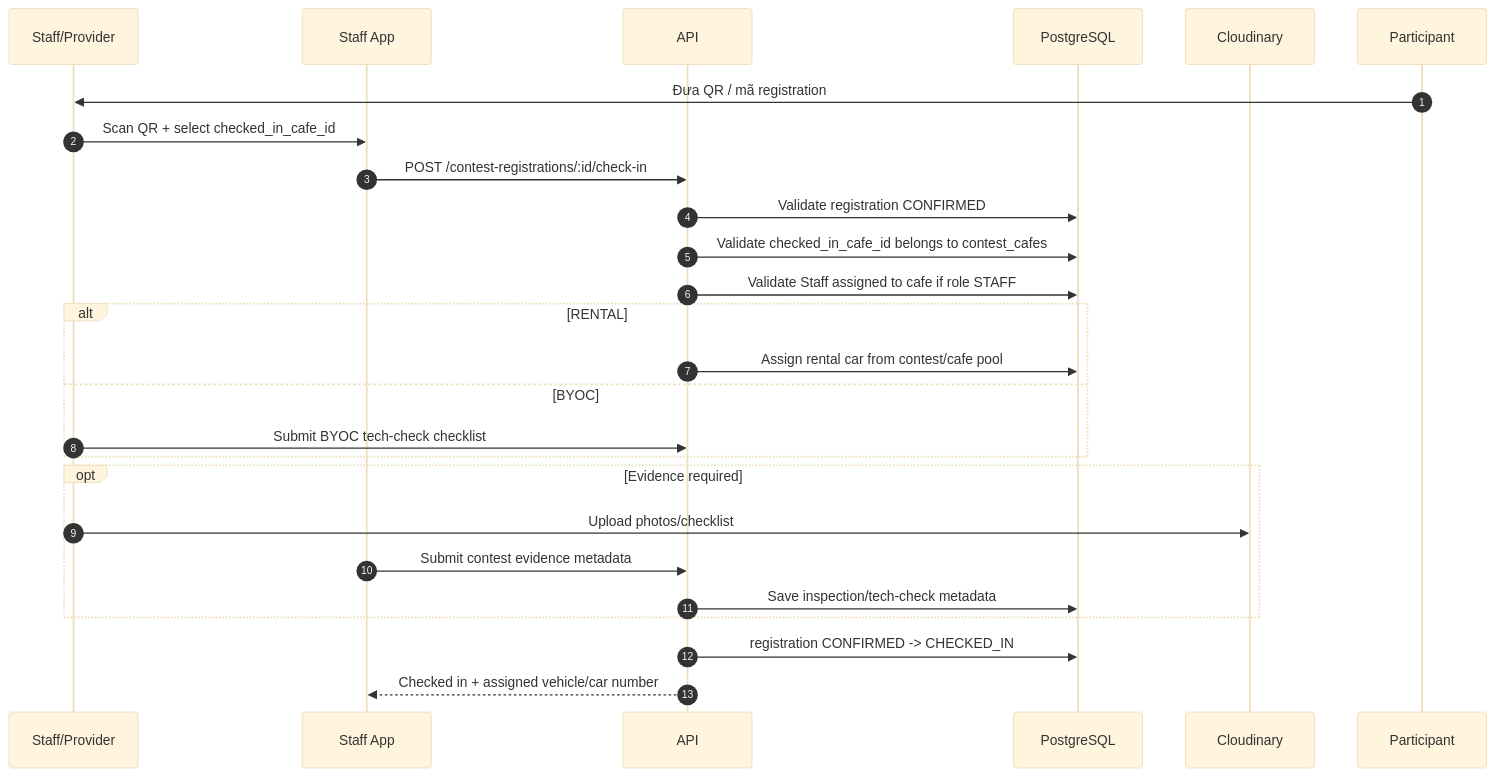
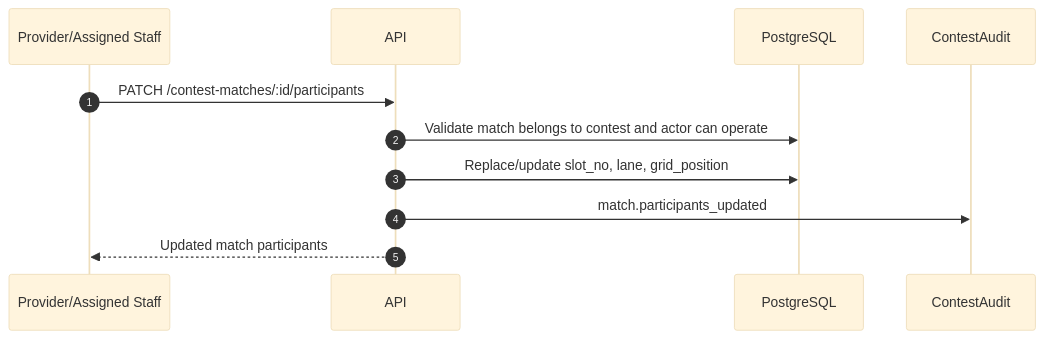
One commit to RCField-SEP490/rcfield-spec changed the seventh of 10 diagrams in docs/diagrams/sequence/sequence-flow-contest-lifecycle.md. Above: the diagram before and after it, drawn with Mermaid (base theme). The commit also changed other lines of this file and 8 other files, not shown here.

````diff
--- a/docs/diagrams/sequence/sequence-flow-contest-lifecycle.md
+++ b/docs/diagrams/sequence/sequence-flow-contest-lifecycle.md
@@ -224,29 +180,14 @@
 ```mermaid
 sequenceDiagram
     autonumber
-    participant S as Staff/Provider
-    participant W as Staff App
+    participant O as Provider/Assigned Staff
     participant API as API
     participant DB as PostgreSQL
-    participant Store as Cloudinary
-    participant C as Participant
+    participant Audit as ContestAudit
 
-    C->>S: Đưa QR / mã registration
-    S->>W: Scan QR + select checked_in_cafe_id
-    W->>API: POST /contest-registrations/:id/check-in
-    API->>DB: Validate registration CONFIRMED
-    API->>DB: Validate checked_in_cafe_id belongs to contest_cafes
-    API->>DB: Validate Staff assigned to cafe if role STAFF
-    alt RENTAL
-        API->>DB: Assign rental car from contest/cafe pool
-    else BYOC
-        S->>API: Submit BYOC tech-check checklist
-    end
-    opt Evidence required
-        S->>Store: Upload photos/checklist
-        W->>API: Submit contest evidence metadata
-        API->>DB: Save inspection/tech-check metadata
-    end
-    API->>DB: registration CONFIRMED -> CHECKED_IN
-    API-->>W: Checked in + assigned vehicle/car number
+    O->>API: PATCH /contest-matches/:id/participants
+    API->>DB: Validate match belongs to contest and actor can operate
+    API->>DB: Replace/update slot_no, lane, grid_position
+    API->>Audit: match.participants_updated
+    API-->>O: Updated match participants
 ```
````
